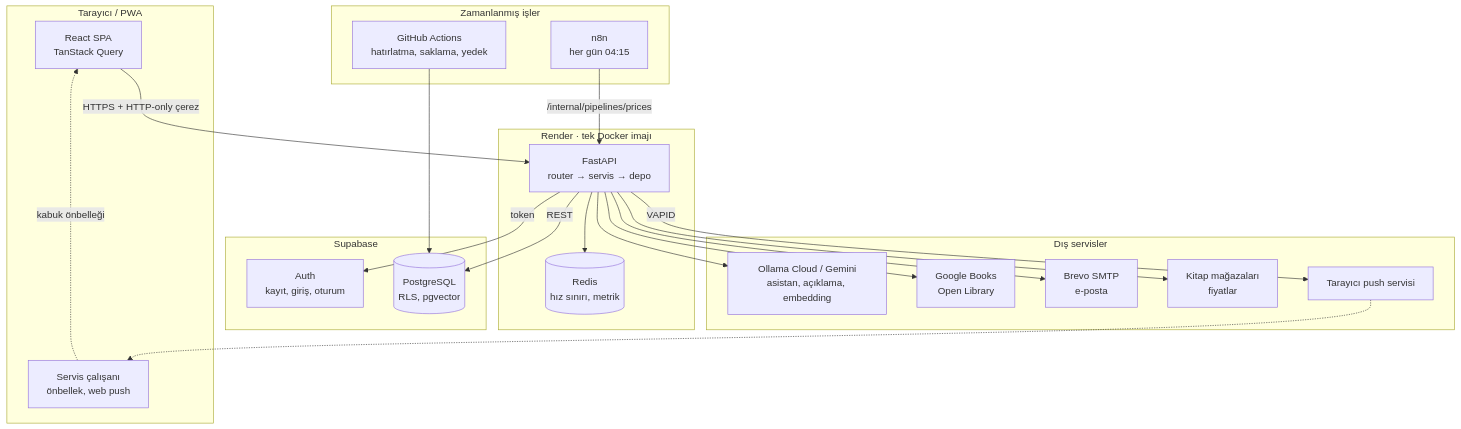
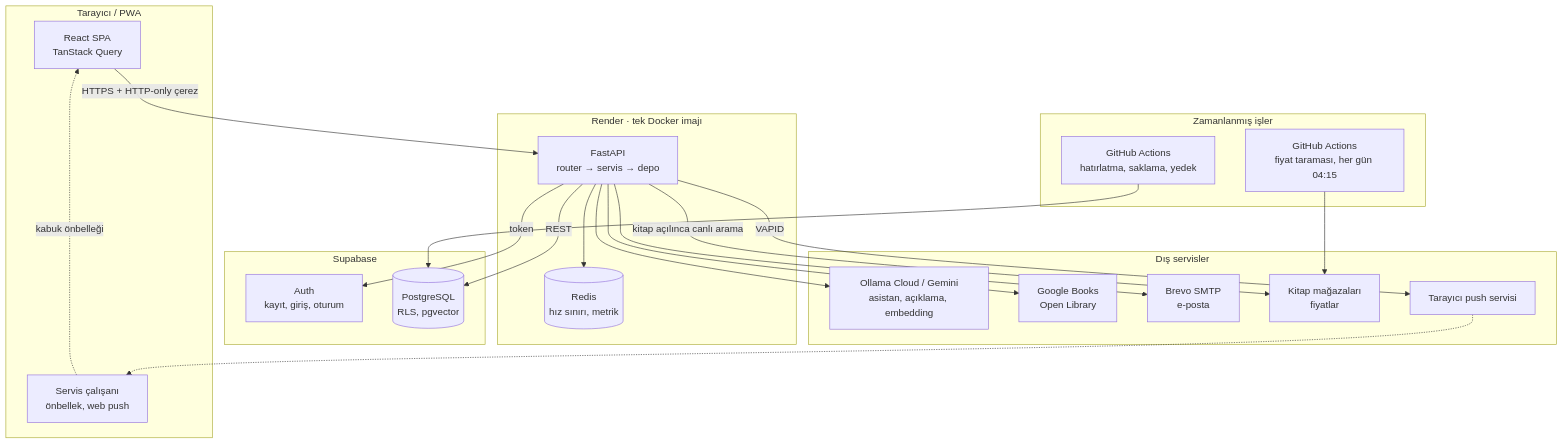
One commit to Fatmaa35/Mihenk changed the first of 6 diagrams in README.md. Above: the diagram before and after it, drawn with Mermaid. The commit also changed other lines of this file, not shown here.

````diff
--- a/README.md
+++ b/README.md
@@ -221,39 +221,39 @@
 ```mermaid
 flowchart TB
   subgraph Istemci["Tarayıcı / PWA"]
     SPA["React SPA<br/>TanStack Query"]
     SW["Servis çalışanı<br/>önbellek, web push"]
   end
   subgraph Render["Render · tek Docker imajı"]
     API["FastAPI<br/>router → servis → depo"]
     Redis[("Redis<br/>hız sınırı, metrik")]
   end
   subgraph Supabase["Supabase"]
     Auth["Auth<br/>kayıt, giriş, oturum"]
     PG[("PostgreSQL<br/>RLS, pgvector")]
   end
   subgraph Dis["Dış servisler"]
     AI["Ollama Cloud / Gemini<br/>asistan, açıklama, embedding"]
     Catalog["Google Books<br/>Open Library"]
     SMTP["Brevo SMTP<br/>e-posta"]
     Shops["Kitap mağazaları<br/>fiyatlar"]
     Push["Tarayıcı push servisi"]
   end
   subgraph Zaman["Zamanlanmış işler"]
-    N8N["n8n<br/>her gün 04:15"]
     GHA["GitHub Actions<br/>hatırlatma, saklama, yedek"]
+    GHAP["GitHub Actions<br/>fiyat taraması, her gün 04:15"]
   end
   SPA -- "HTTPS + HTTP-only çerez" --> API
   SW -. "kabuk önbelleği" .-> SPA
   API --> Redis
   API -- "REST" --> PG
   API -- "token" --> Auth
   API --> AI
   API --> Catalog
   API --> SMTP
-  API --> Shops
+  API -- "kitap açılınca canlı arama" --> Shops
   API -- "VAPID" --> Push
   Push -.-> SW
-  N8N -- "/internal/pipelines/prices" --> API
   GHA --> PG
+  GHAP --> Shops
 ```
````
